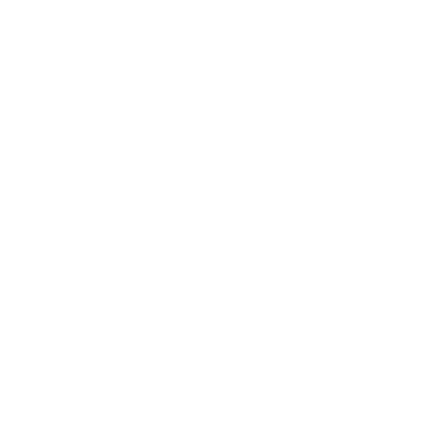
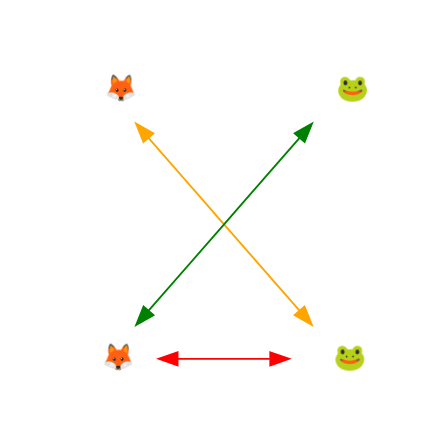
Before and after one commit to mikeger/e2ee-presentation: the diagram in graphs/three-way-dh.dot, drawn with Graphviz. The commit also changed 2 other files, not shown here.

```diff
--- a/graphs/three-way-dh.dot
+++ b/graphs/three-way-dh.dot
@@ -1,16 +1,16 @@
 digraph ThreeWayDH {
 	ratio=fill;
  	size="3,3";
 	node [shape=plaintext];
-	A [color=white fontcolor=white];
-	B [color=white fontcolor=white];
-	a [color=white fontcolor=white];
-	b [color=white fontcolor=white];
-	A -> B [style=invis color=white];
-	A -> b [dir="both" color=white];
-	a -> B [dir="both" color=white];
-	a -> b [dir="both" color=white];
+	"K 🦊" [color=white fontcolor=white];
+	"K 🐸" [color=white fontcolor=white];
+	"k 🦊" [color=white fontcolor=white];
+	"k 🐸" [color=white fontcolor=white];
+	"K 🦊" -> "K 🐸" [style=invis color=white];
+	"K 🦊" -> "k 🐸" [dir="both" color=orange];
+	"k 🦊" -> "K 🐸" [dir="both" color=green];
+	"k 🦊" -> "k 🐸" [dir="both" color=red];
 	
-	{ rank=same; A B }
-	{ rank=same; a b } 
+	{ rank=same; "K 🦊" "K 🐸" }
+	{ rank=same; "k 🦊" "k 🐸" } 
 }
```
